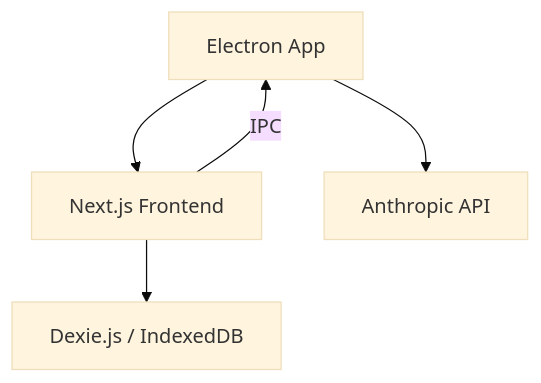
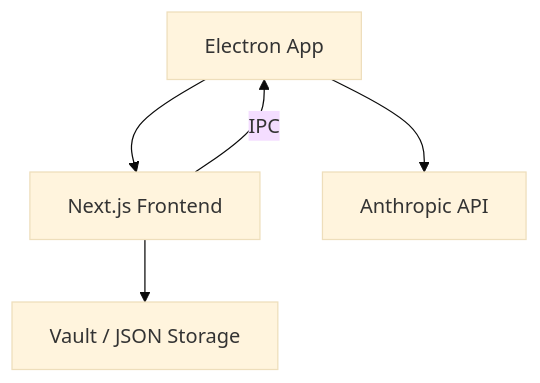
One commit to a64mahmo/doomssh-electron changed the first of 2 diagrams in docs/architecture.md. Above: the diagram before and after it, drawn with Mermaid (base theme). The commit also changed other lines of this file and 54 other files, not shown here.

````diff
--- a/docs/architecture.md
+++ b/docs/architecture.md
@@ -7,7 +7,7 @@
 ```mermaid
 graph TD
     A[Electron App] --> B[Next.js Frontend]
-    B --> E[Dexie.js / IndexedDB]
+    B --> E[Vault / JSON Storage]
     A --> F[Anthropic API]
     B -- IPC --> A
 ```
````
